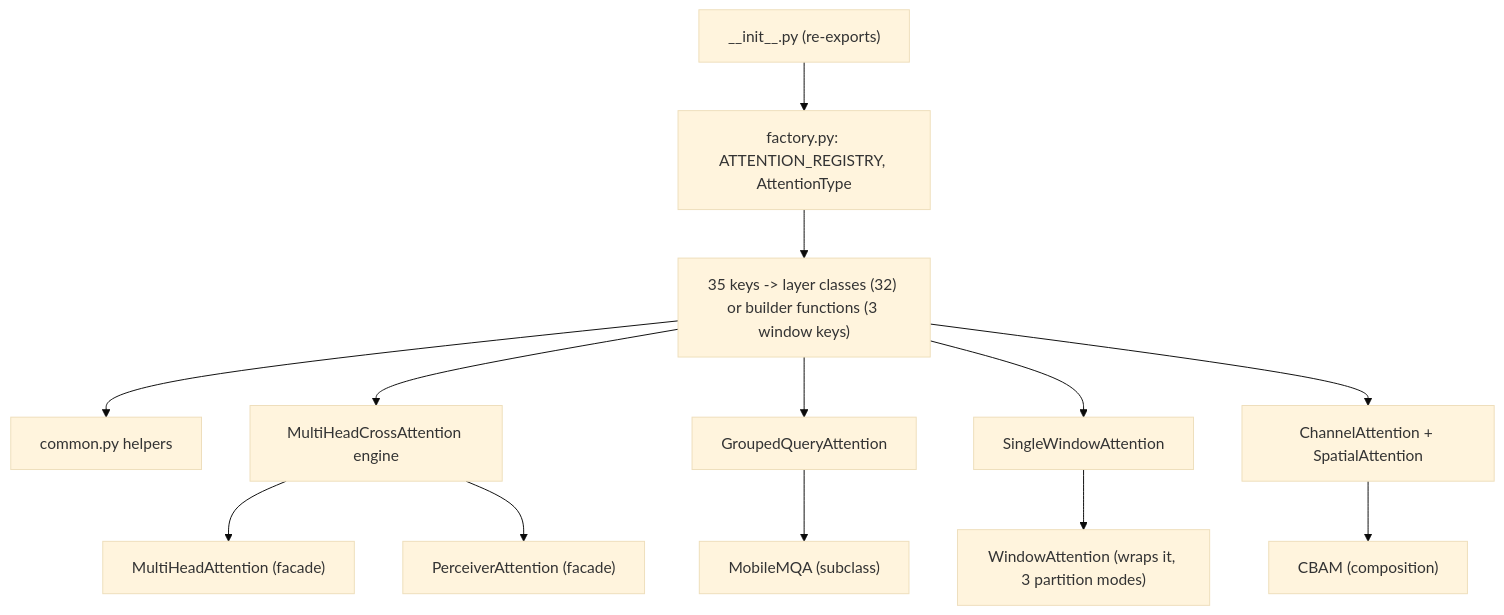
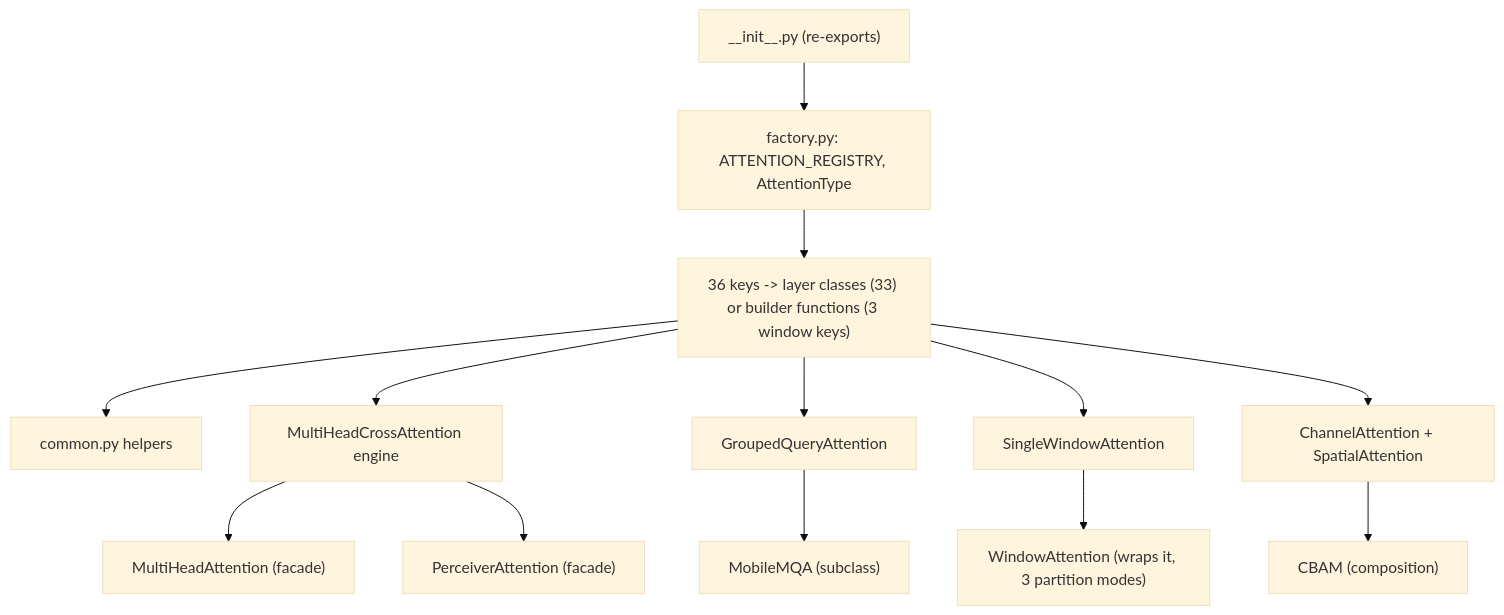
The diagram in src/dl_techniques/layers/attention/AGENTS.md (NikolasMarkou/dl_techniques), drawn with Mermaid (base theme) before and after one commit. The commit also changed other lines of this file and 16 other files, not shown here.

````diff
--- a/src/dl_techniques/layers/attention/AGENTS.md
+++ b/src/dl_techniques/layers/attention/AGENTS.md
@@ -14,12 +14,12 @@
 ```mermaid
 flowchart TD
     I["__init__.py (re-exports)"] --> F["factory.py: ATTENTION_REGISTRY, AttentionType"]
-    F --> L["35 keys -> layer classes (32) or builder functions (3 window keys)"]
+    F --> L["36 keys -> layer classes (33) or builder functions (3 window keys)"]
     L --> C["common.py helpers"]
     L --> X["MultiHeadCrossAttention engine"]
     X --> W1["MultiHeadAttention (facade)"]
     X --> W2["PerceiverAttention (facade)"]
     L --> G["GroupedQueryAttention"] --> M["MobileMQA (subclass)"]
     L --> S["SingleWindowAttention"] --> WA["WindowAttention (wraps it, 3 partition modes)"]
     L --> CB["ChannelAttention + SpatialAttention"] --> CBAM["CBAM (composition)"]
 ```
````
